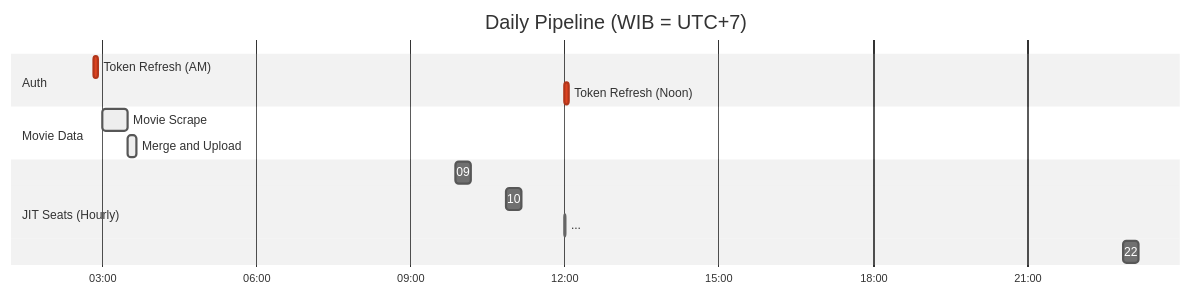
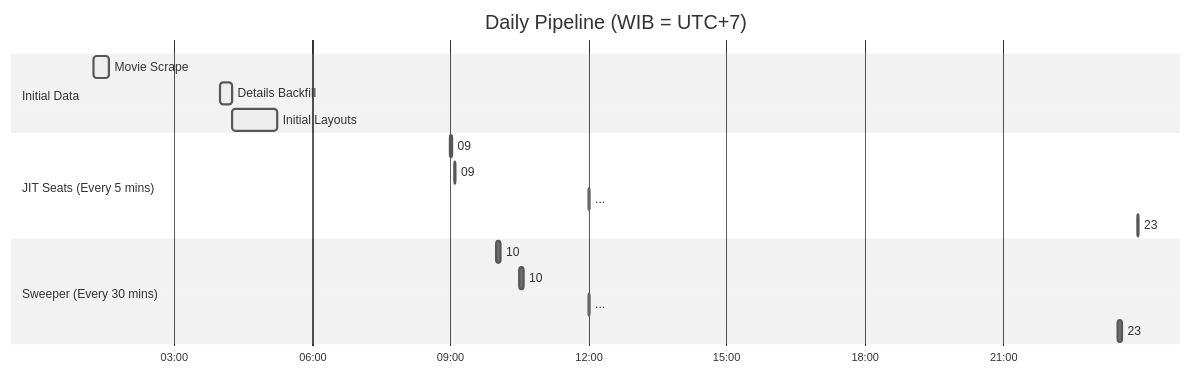
One commit to okihita/CineRadar changed the first of 2 diagrams in docs/03_daily_pipeline.md. Above: the diagram before and after it, drawn with Mermaid (neutral theme). The commit also changed other lines of this file and 6 other files, not shown here.

````diff
--- a/docs/03_daily_pipeline.md
+++ b/docs/03_daily_pipeline.md
@@ -19,20 +20,23 @@
 ```mermaid
 gantt
     title Daily Pipeline (WIB = UTC+7)
     dateFormat HH:mm
     axisFormat %H:%M
     
-    section Auth
-    Token Refresh (AM)   :crit, 02:50, 5m
-    Token Refresh (Noon) :crit, 12:00, 5m
+    section Initial Data
+    Movie Scrape         :active, 01:15, 20m
+    Details Backfill     :active, 04:00, 15m
+    Initial Layouts      :active, 04:15, 60m
 
-    section Movie Data
-    Movie Scrape         :active, 03:00, 30m
-    Merge and Upload     :active, 03:30, 10m
+    section JIT Seats (Every 5 mins)
+    09:00 Dispatch       :active, 09:00, 2m
+    09:05 Dispatch       :active, 09:05, 2m
+    ...                  :done, 12:00, 1m
+    23:55 Dispatch       :active, 23:55, 2m
 
-    section JIT Seats (Hourly)
-    09:52 JIT Scrape     :active, 09:52, 18m
-    10:52 JIT Scrape     :active, 10:52, 18m
+    section Sweeper (Every 30 mins)
+    10:00 Sweeper        :active, 10:00, 5m
+    10:30 Sweeper        :active, 10:30, 5m
     ...                  :done, 12:00, 1m
-    22:52 JIT Scrape     :active, 22:52, 18m
+    23:30 Sweeper        :active, 23:30, 5m
 ```
````
